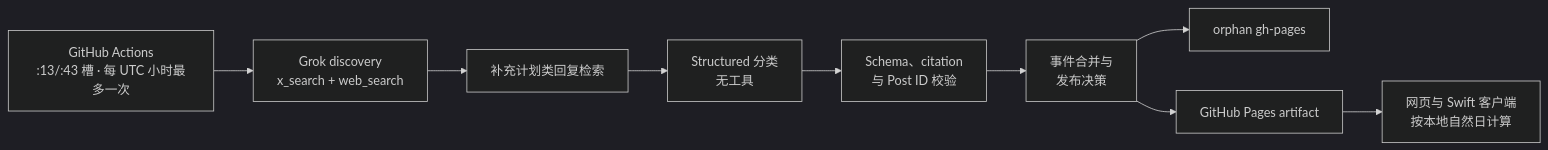
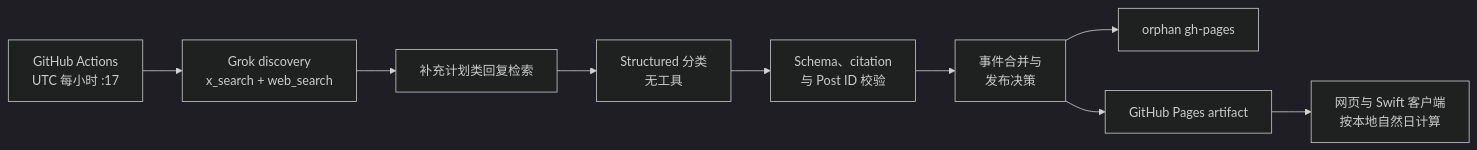
Before and after one commit to Licoy/CodexRunway: the diagram in api/hasreset/README.md, drawn with Mermaid (dark theme). The commit also changed other lines of this file and 3 other files, not shown here.

````diff
--- a/api/hasreset/README.md
+++ b/api/hasreset/README.md
@@ -13,11 +13,11 @@
 ```mermaid
 flowchart LR
-    schedule["GitHub Actions<br/>:13/:43 槽 · 每 UTC 小时最多一次"] --> discover["Grok discovery<br/>x_search + web_search"]
+    schedule["GitHub Actions<br/>UTC 每小时 :17"] --> discover["Grok discovery<br/>x_search + web_search"]
     discover --> replies["补充计划类回复检索"]
     replies --> classify["Structured 分类<br/>无工具"]
     classify --> verify["Schema、citation<br/>与 Post ID 校验"]
     verify --> state["事件合并与<br/>发布决策"]
     state --> branch["orphan gh-pages"]
     state --> pages["GitHub Pages artifact"]
     pages --> clients["网页与 Swift 客户端<br/>按本地自然日计算"]
 ```
````
